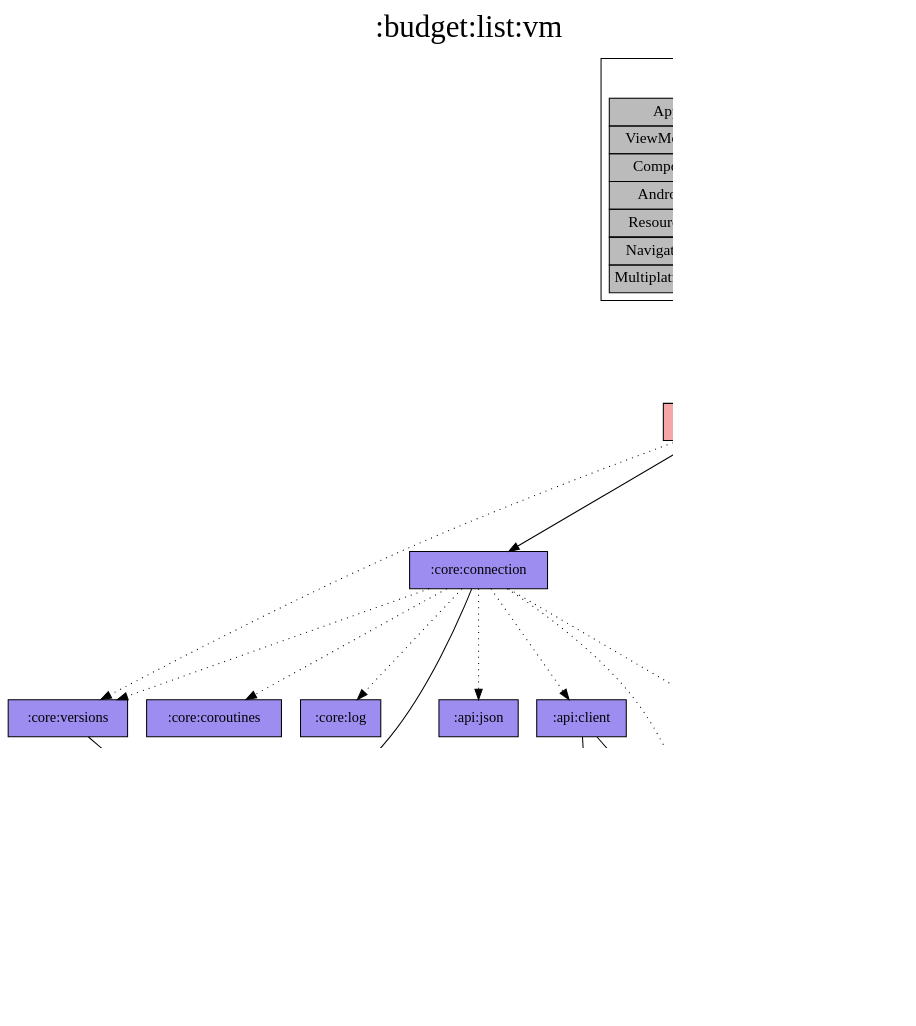
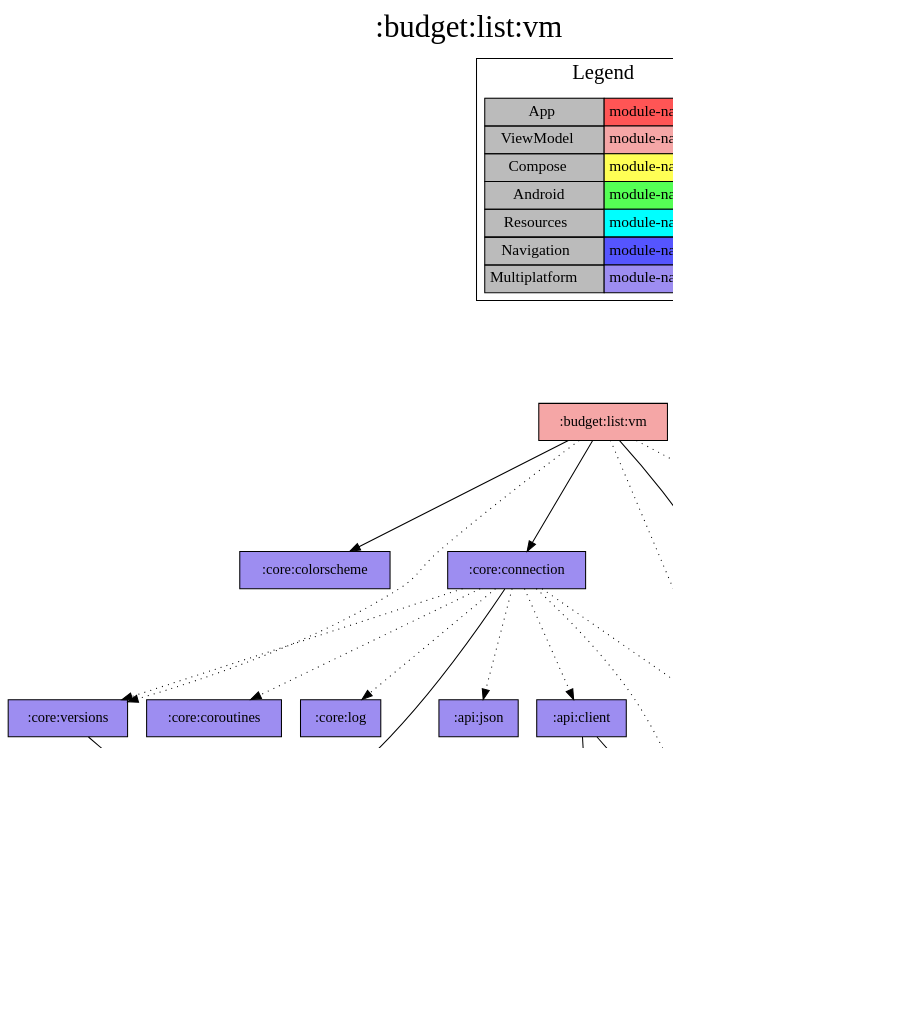
One commit to jonapoul/aktual changed the diagram in modules/budget/list/vm/project-dependency-graph.dot. Above: the diagram before and after it, drawn with Graphviz. The commit also changed 27 other files, not shown here.

```diff
--- a/modules/budget/list/vm/project-dependency-graph.dot
+++ b/modules/budget/list/vm/project-dependency-graph.dot
@@ -1,56 +1,58 @@
 digraph {
 edge ["dir"="forward"]
 graph ["dpi"="100","label"=":budget:list:vm","labelloc"="t","fontsize"="30","ranksep"="1.5","rankdir"="TB"]
 node ["style"="filled"]
 ":budget:list:vm" ["fillcolor"="#F5A6A6","shape"="box"]
+":core:colorscheme" ["fillcolor"="#9D8DF1","shape"="box"]
 ":core:connection" ["fillcolor"="#9D8DF1","shape"="box"]
 ":core:buildconfig" ["fillcolor"="#9D8DF1","shape"="box"]
 ":api:client" ["fillcolor"="#9D8DF1","shape"="box"]
 ":api:model" ["fillcolor"="#9D8DF1","shape"="box"]
 ":login:model" ["fillcolor"="#9D8DF1","shape"="box"]
 ":url:model" ["fillcolor"="#9D8DF1","shape"="box"]
 ":api:json" ["fillcolor"="#9D8DF1","shape"="box"]
 ":core:coroutines" ["fillcolor"="#9D8DF1","shape"="box"]
 ":core:log" ["fillcolor"="#9D8DF1","shape"="box"]
 ":core:versions" ["fillcolor"="#9D8DF1","shape"="box"]
 ":url:prefs" ["fillcolor"="#9D8DF1","shape"="box"]
 ":login:prefs" ["fillcolor"="#9D8DF1","shape"="box"]
 {
 edge ["dir"="none"]
 graph ["rank"="same"]
 }
+":budget:list:vm" -> ":core:colorscheme"
 ":budget:list:vm" -> ":core:connection"
 ":budget:list:vm" -> ":url:model"
 ":budget:list:vm" -> ":core:versions" ["style"="dotted"]
 ":budget:list:vm" -> ":login:prefs" ["style"="dotted"]
 ":budget:list:vm" -> ":url:prefs" ["style"="dotted"]
 ":core:connection" -> ":core:buildconfig"
 ":core:connection" -> ":api:client" ["style"="dotted"]
 ":core:connection" -> ":api:json" ["style"="dotted"]
 ":core:connection" -> ":core:coroutines" ["style"="dotted"]
 ":core:connection" -> ":core:log" ["style"="dotted"]
 ":core:connection" -> ":core:versions" ["style"="dotted"]
 ":core:connection" -> ":url:model" ["style"="dotted"]
 ":core:connection" -> ":url:prefs" ["style"="dotted"]
 ":api:client" -> ":api:model"
 ":api:client" -> ":url:model"
 ":api:model" -> ":login:model"
 ":core:versions" -> ":core:buildconfig"
 ":url:prefs" -> ":url:model"
 ":login:prefs" -> ":login:model"
 subgraph "cluster_legend" {
 edge ["dir"="none"]
 graph ["label"="Legend","fontsize"="20"]
 "Legend" ["style"="filled","fillcolor"="#bbbbbb","shape"="none","margin"="0","fontsize"="15","label"=<
 <TABLE BORDER="0" CELLBORDER="1" CELLSPACING="0" CELLPADDING="4">
 <TR><TD>App</TD><TD BGCOLOR="#FF5555">module-name</TD></TR>
 <TR><TD>ViewModel</TD><TD BGCOLOR="#F5A6A6">module-name</TD></TR>
 <TR><TD>Compose</TD><TD BGCOLOR="#FFFF55">module-name</TD></TR>
 <TR><TD>Android</TD><TD BGCOLOR="#55FF55">module-name</TD></TR>
 <TR><TD>Resources</TD><TD BGCOLOR="#00FFFF">module-name</TD></TR>
 <TR><TD>Navigation</TD><TD BGCOLOR="#5555FF">module-name</TD></TR>
 <TR><TD>Multiplatform</TD><TD BGCOLOR="#9D8DF1">module-name</TD></TR>
 </TABLE>
 >]
 } -> ":budget:list:vm" ["style"="invis"]
 }
```
